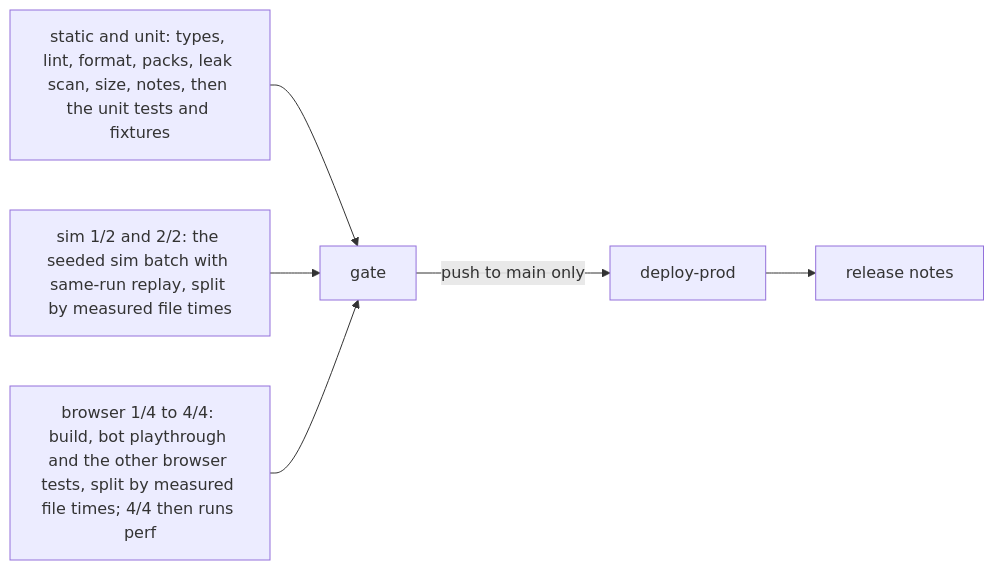
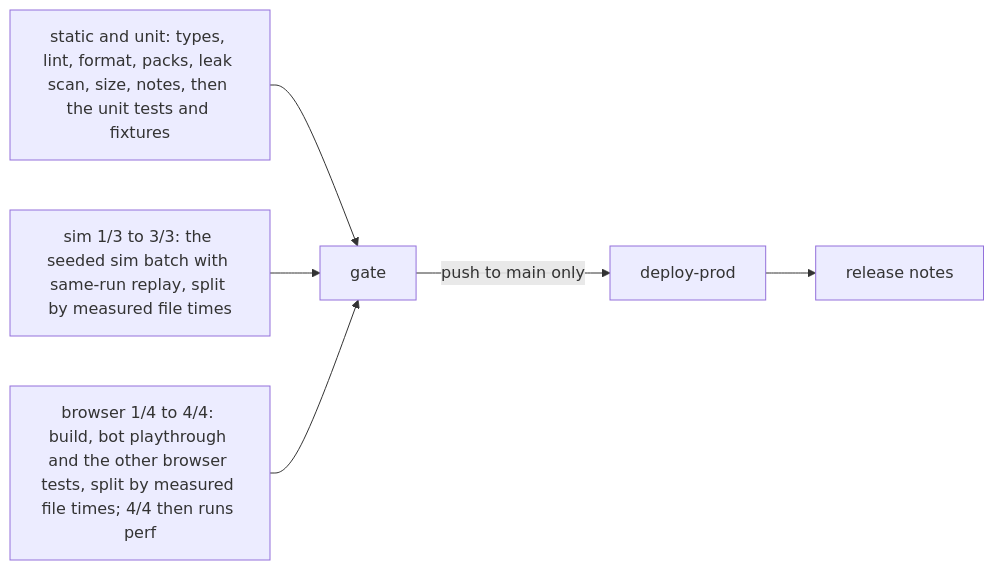
The diagram in docs/engineering.md (joshuasundance-swca/throttlebrawl), drawn with Mermaid before and after one commit. The commit also changed other lines of this file and 7 other files, not shown here.

````diff
--- a/docs/engineering.md
+++ b/docs/engineering.md
@@ -251,8 +252,8 @@
 ```mermaid
 flowchart LR
   A[static and unit: types, lint, format, packs, leak scan, size, notes, then the unit tests and fixtures] --> G[gate]
-  S[sim 1/2 and 2/2: the seeded sim batch with same-run replay, split by measured file times] --> G
+  S[sim 1/3 to 3/3: the seeded sim batch with same-run replay, split by measured file times] --> G
   C[browser 1/4 to 4/4: build, bot playthrough and the other browser tests, split by measured file times; 4/4 then runs perf] --> G
   G -->|push to main only| D[deploy-prod]
   D --> R[release notes]
 ```
````
